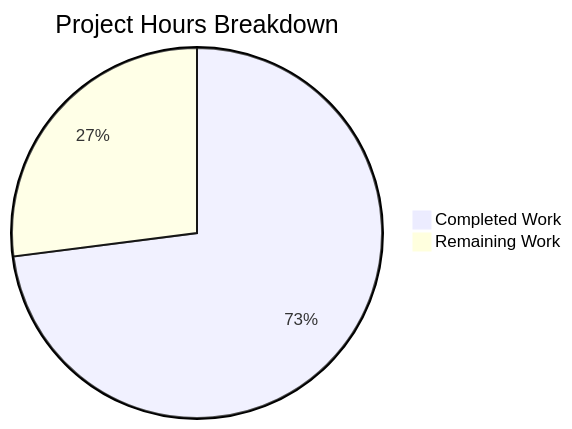
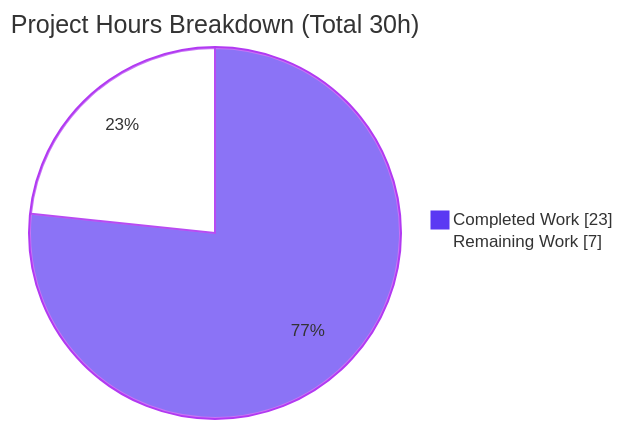
Before and after one commit to Sandeep01Kumar/09-dec-Existing-product-repo-04: the second of 2 diagrams in blitzy/documentation/Project Guide.md, drawn with Mermaid. The commit also changed other lines of this file, not shown here.

Commit message:
Adding Blitzy Project Guide: Project Status and Human Tasks Remaining

````diff
--- a/blitzy/documentation/Project Guide.md
+++ b/blitzy/documentation/Project Guide.md
@@ -28,5 +203,6 @@
 ```mermaid
-pie title Project Hours Breakdown
-    "Completed Work" : 27
-    "Remaining Work" : 10
+%%{init: {'theme':'base', 'themeVariables': {'pie1':'#5B39F3','pie2':'#FFFFFF','pieStrokeColor':'#B23AF2','pieOuterStrokeColor':'#B23AF2','pieStrokeWidth':'2px'}}}%%
+pie showData title Project Hours Breakdown (Total 30h)
+    "Completed Work" : 23
+    "Remaining Work" : 7
 ```
````
